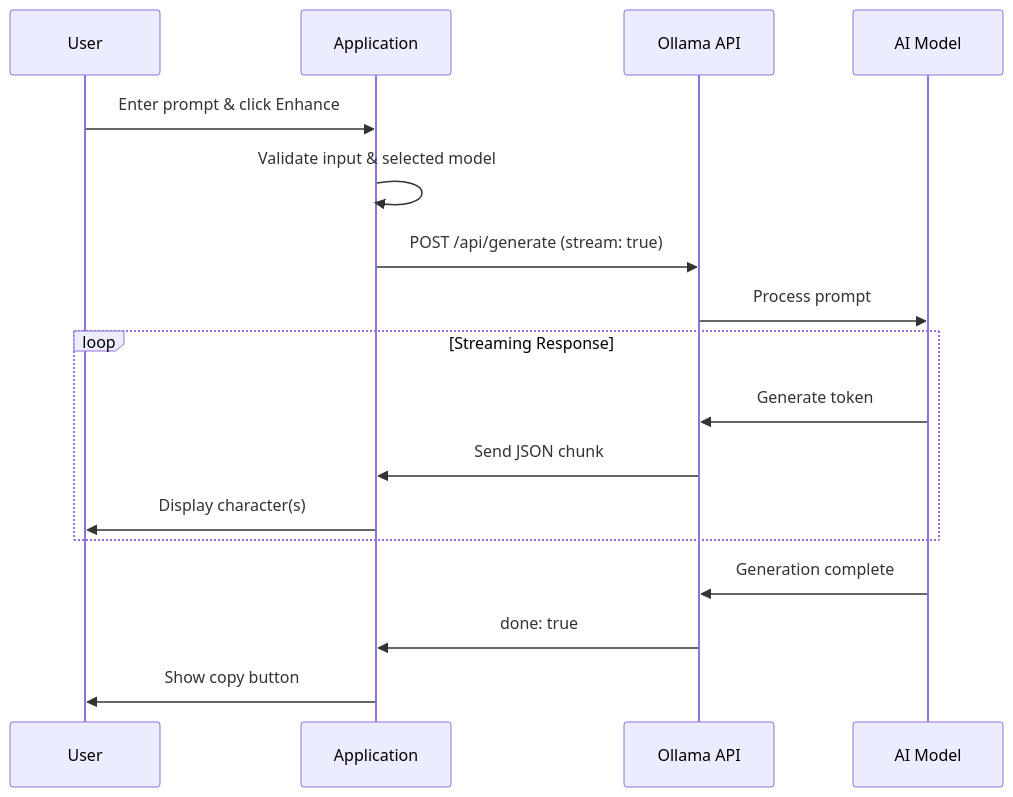
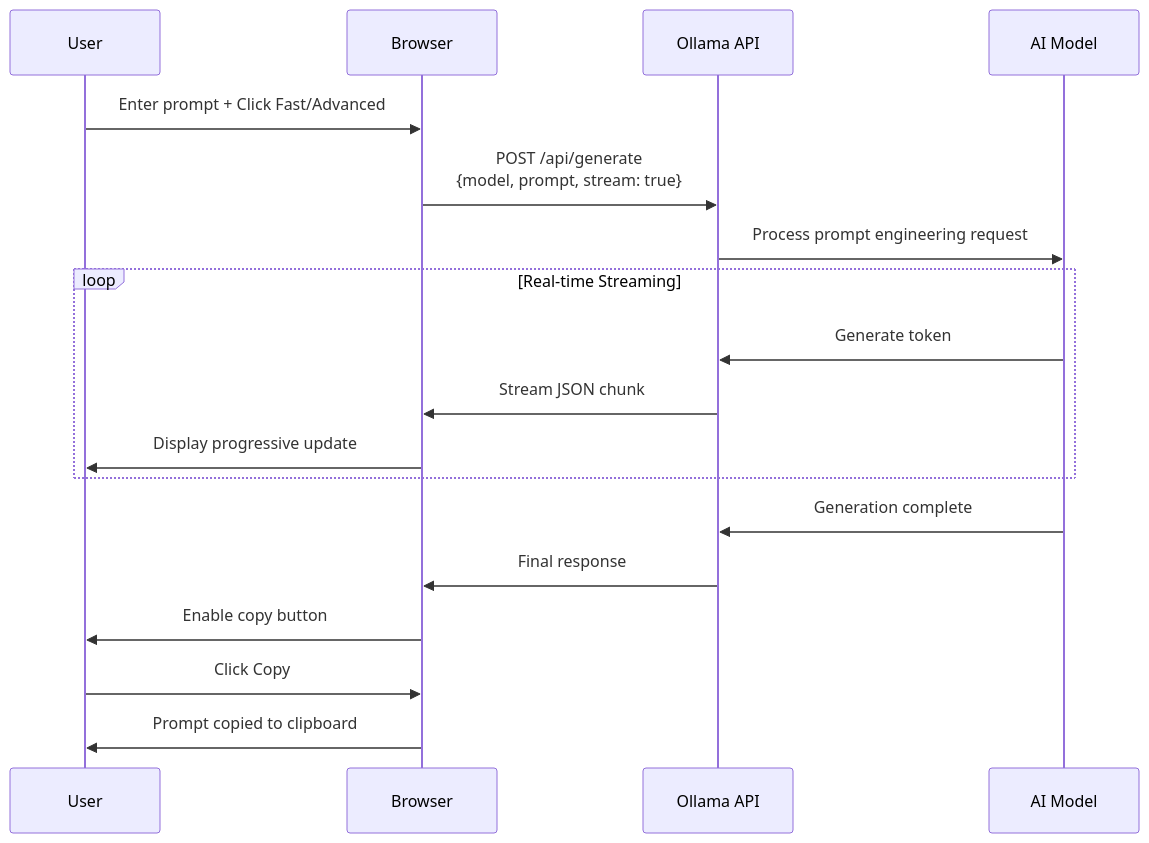
Before and after one commit to xsukax/xsukax-Ollama-AI-Prompt-Generator: the third of 3 diagrams in README.md, drawn with Mermaid. The commit also changed other lines of this file, not shown here.

````diff
--- a/README.md
+++ b/README.md
@@ -257,22 +274,23 @@
 ```mermaid
 sequenceDiagram
     participant User
-    participant App as Application
-    participant Ollama as Ollama API
-    participant Model as AI Model
+    participant Browser
+    participant Ollama API
+    participant AI Model
+
+    User->>Browser: Enter prompt + Click Fast/Advanced
+    Browser->>Ollama API: POST /api/generate<br/>{model, prompt, stream: true}
+    Ollama API->>AI Model: Process prompt engineering request
     
-    User->>App: Enter prompt & click Enhance
-    App->>App: Validate input & selected model
-    App->>Ollama: POST /api/generate (stream: true)
-    Ollama->>Model: Process prompt
-    
-    loop Streaming Response
-        Model->>Ollama: Generate token
-        Ollama->>App: Send JSON chunk
-        App->>User: Display character(s)
+    loop Real-time Streaming
+        AI Model->>Ollama API: Generate token
+        Ollama API->>Browser: Stream JSON chunk
+        Browser->>User: Display progressive update
     end
     
-    Model->>Ollama: Generation complete
-    Ollama->>App: done: true
-    App->>User: Show copy button
+    AI Model->>Ollama API: Generation complete
+    Ollama API->>Browser: Final response
+    Browser->>User: Enable copy button
+    User->>Browser: Click Copy
+    Browser->>User: Prompt copied to clipboard
 ```
````
